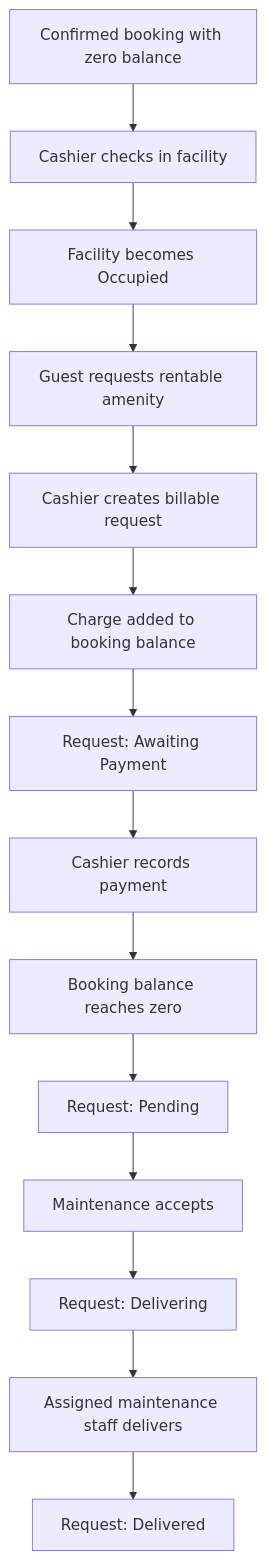
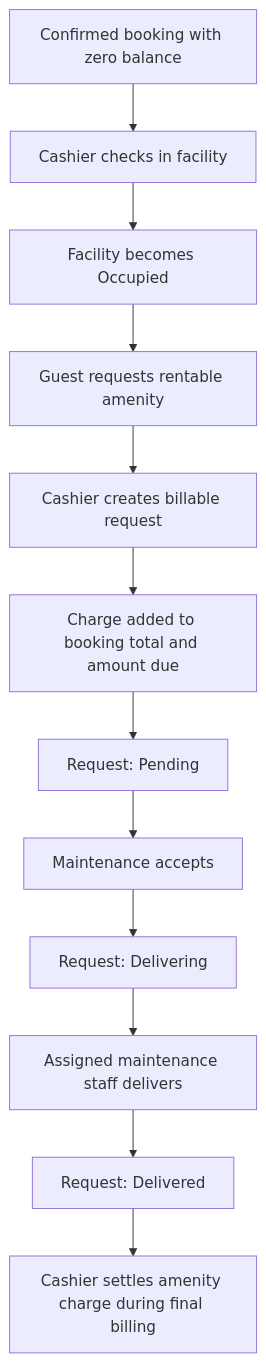
Before and after one commit to GinoongGatuslao/olaer-booking-management: the fourth of 5 diagrams in README.md, drawn with Mermaid. The commit also changed other lines of this file and 7 other files, not shown here.

````diff
--- a/README.md
+++ b/README.md
@@ -436,16 +435,14 @@
 ```mermaid
 flowchart TD
     A[Confirmed booking with zero balance] --> B[Cashier checks in facility]
     B --> C[Facility becomes Occupied]
     C --> D[Guest requests rentable amenity]
     D --> E[Cashier creates billable request]
-    E --> F[Charge added to booking balance]
-    F --> G[Request: Awaiting Payment]
-    G --> H[Cashier records payment]
-    H --> I[Booking balance reaches zero]
-    I --> J[Request: Pending]
-    J --> K[Maintenance accepts]
-    K --> L[Request: Delivering]
-    L --> M[Assigned maintenance staff delivers]
-    M --> N[Request: Delivered]
+    E --> F[Charge added to booking total and amount due]
+    F --> G[Request: Pending]
+    G --> H[Maintenance accepts]
+    H --> I[Request: Delivering]
+    I --> J[Assigned maintenance staff delivers]
+    J --> K[Request: Delivered]
+    K --> L[Cashier settles amenity charge during final billing]
 ```
````
